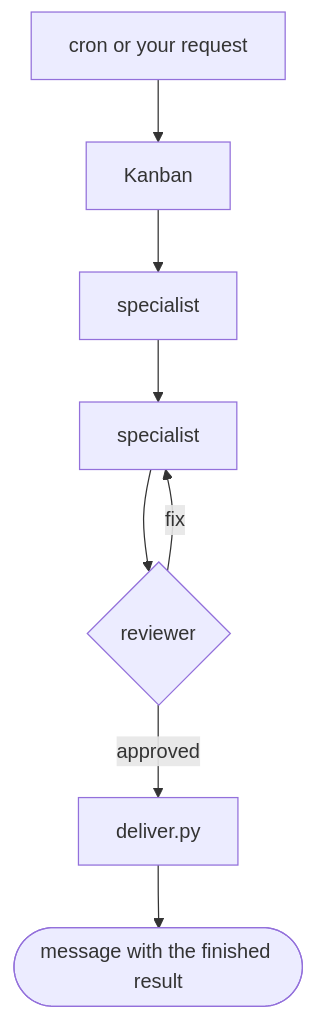
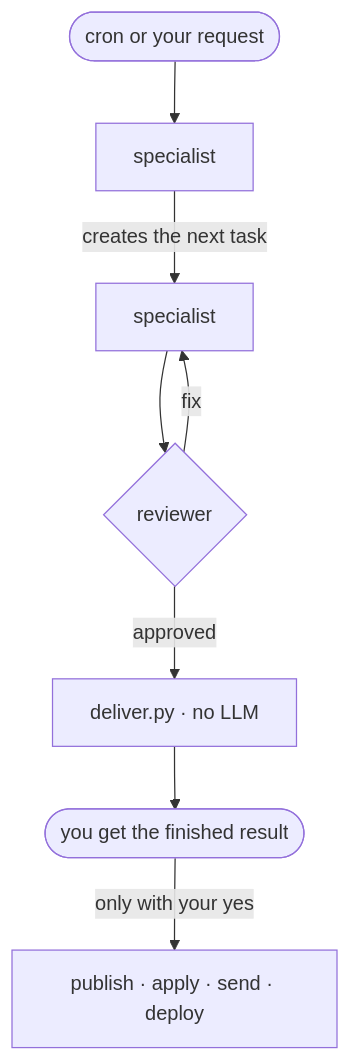
The second of 2 diagrams in README.md (PuntoyComaTech/hermes-agent-squads), drawn with Mermaid before and after one commit. The commit also changed other lines of this file and 8 other files, not shown here.

````diff
--- a/README.md
+++ b/README.md
@@ -43,8 +44,10 @@
 ```mermaid
 flowchart TB
-    T["cron or your request"] --> K["Kanban"]
-    K --> S1["specialist"] --> S2["specialist"] --> R{"reviewer"}
+    T(["cron or your request"]) --> S1["specialist"]
+    S1 -->|"creates the next task"| S2["specialist"]
+    S2 --> R{"reviewer"}
     R -->|"fix"| S2
-    R -->|"approved"| D["deliver.py"]
-    D --> Msg(["message with the finished result"])
+    R -->|"approved"| D["deliver.py · no LLM"]
+    D --> M(["you get the finished result"])
+    M -->|"only with your yes"| X["publish · apply · send · deploy"]
 ```
````
